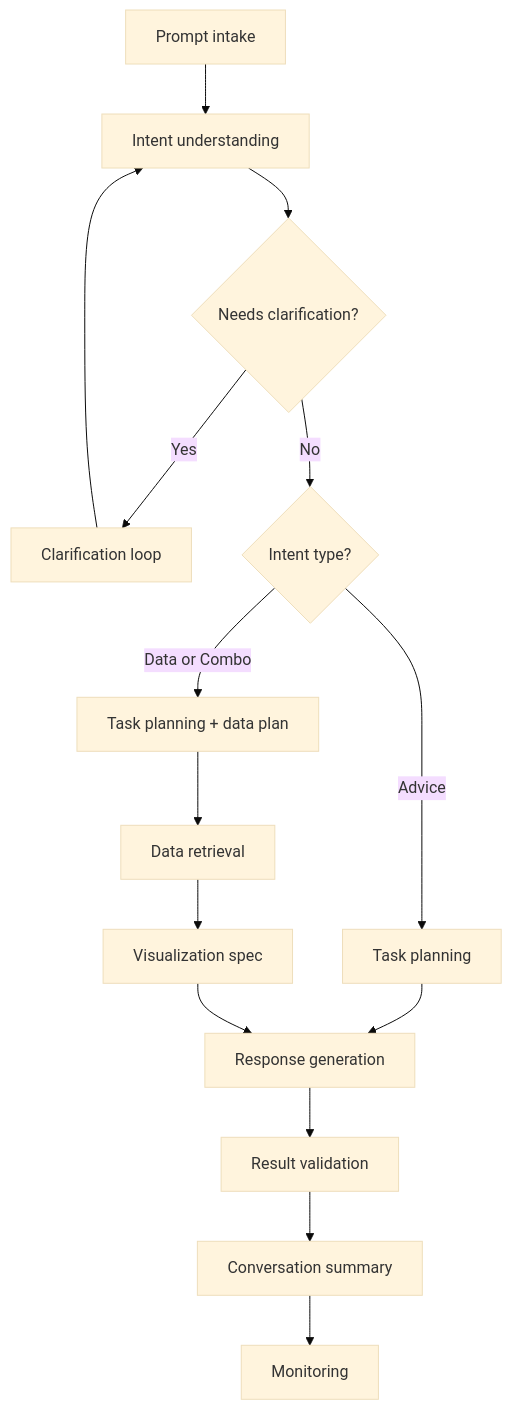
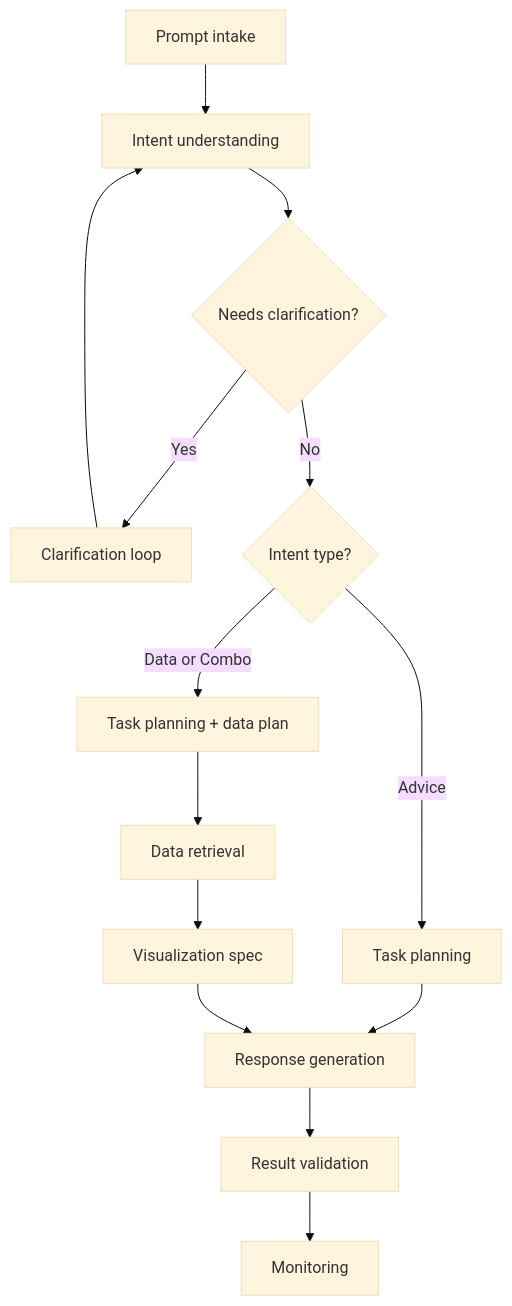
One commit to benjyongzh/llm-data-analyst changed the third of 4 diagrams in README.md. Above: the diagram before and after it, drawn with Mermaid (base theme). The commit also changed other lines of this file and 10 other files, not shown here.

Commit message:
Simplify query response schema

````diff
--- a/README.md
+++ b/README.md
@@ -146,17 +171,16 @@
 ```mermaid
 flowchart TD
     A[Prompt intake] --> B[Intent understanding]
     B --> C{Needs clarification?}
     C -->|Yes| D[Clarification loop]
     D --> B
     C -->|No| E{Intent type?}
     E -->|Advice| F[Task planning]
     E -->|Data or Combo| G[Task planning + data plan]
     F --> H[Response generation]
     G --> I[Data retrieval]
     I --> J[Visualization spec]
     J --> H
     H --> K[Result validation]
-    K --> L[Conversation summary]
-    L --> M[Monitoring]
+    K --> L[Monitoring]
 ```
````
